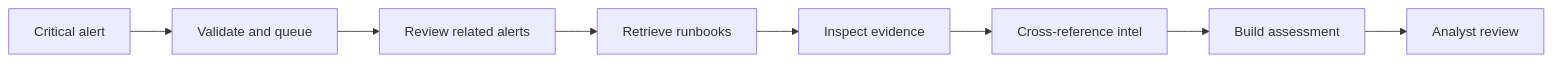
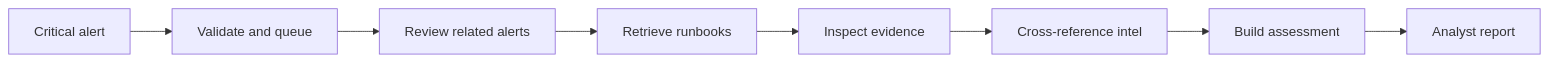
Before and after one commit to NotoriousPOG/ai-standardization-matrix: the diagram in README.md, drawn with Mermaid. The commit also changed other lines of this file, not shown here.

````diff
--- a/README.md
+++ b/README.md
@@ -21,10 +15,10 @@
 ```mermaid
 flowchart LR
   A[Critical alert] --> B[Validate and queue]
   B --> C[Review related alerts]
   C --> D[Retrieve runbooks]
   D --> E[Inspect evidence]
   E --> F[Cross-reference intel]
   F --> G[Build assessment]
-  G --> H[Analyst review]
+  G --> H[Analyst report]
 ```
````
